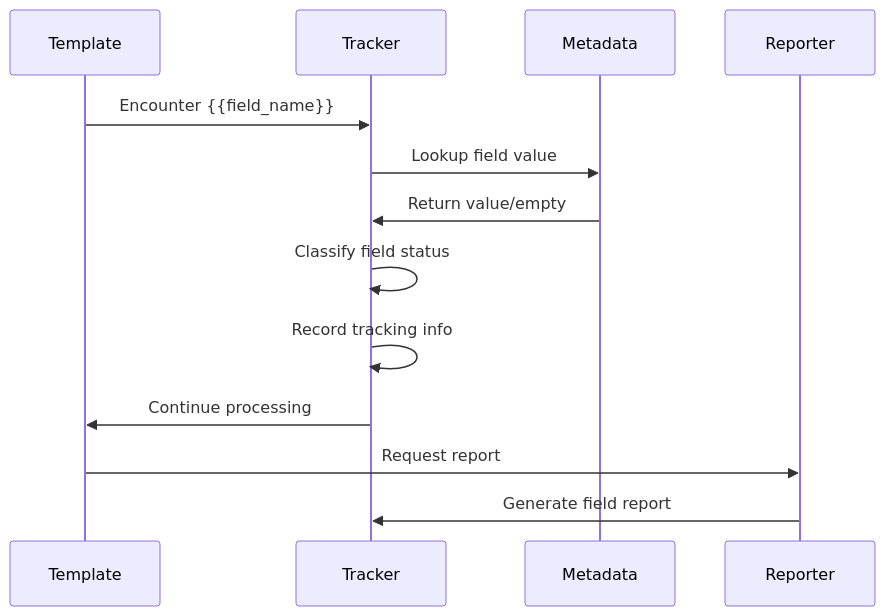
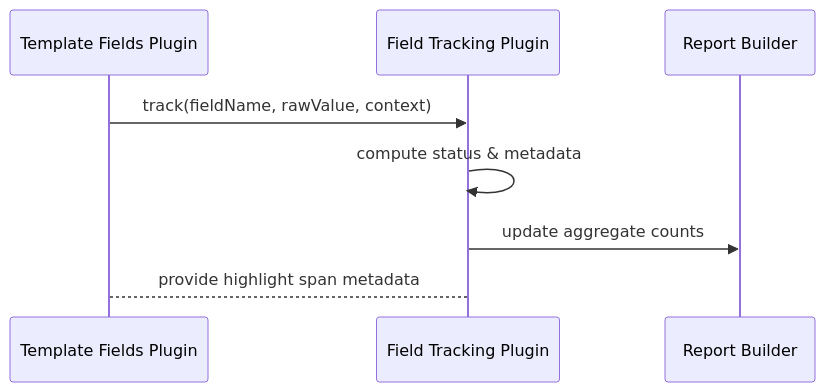
Before and after one commit to petalo/legal-markdown-js: the second of 2 diagrams in docs/architecture/05_field_tracking.md, drawn with Mermaid. The commit also changed other lines of this file and 56 other files, not shown here.

````diff
--- a/docs/architecture/05_field_tracking.md
+++ b/docs/architecture/05_field_tracking.md
@@ -94,16 +63,11 @@
 ```mermaid
 sequenceDiagram
-    participant Template
-    participant Tracker
-    participant Metadata
-    participant Reporter
+    participant Parser as Template Fields Plugin
+    participant Tracker as Field Tracking Plugin
+    participant Report as Report Builder
 
-    Template->>Tracker: Encounter {{field_name}}
-    Tracker->>Metadata: Lookup field value
-    Metadata->>Tracker: Return value/empty
-    Tracker->>Tracker: Classify field status
-    Tracker->>Tracker: Record tracking info
-    Tracker->>Template: Continue processing
-    Template->>Reporter: Request report
-    Reporter->>Tracker: Generate field report
+    Parser->>Tracker: track(fieldName, rawValue, context)
+    Tracker->>Tracker: compute status & metadata
+    Tracker->>Report: update aggregate counts
+    Tracker-->Parser: provide highlight span metadata
 ```
````
